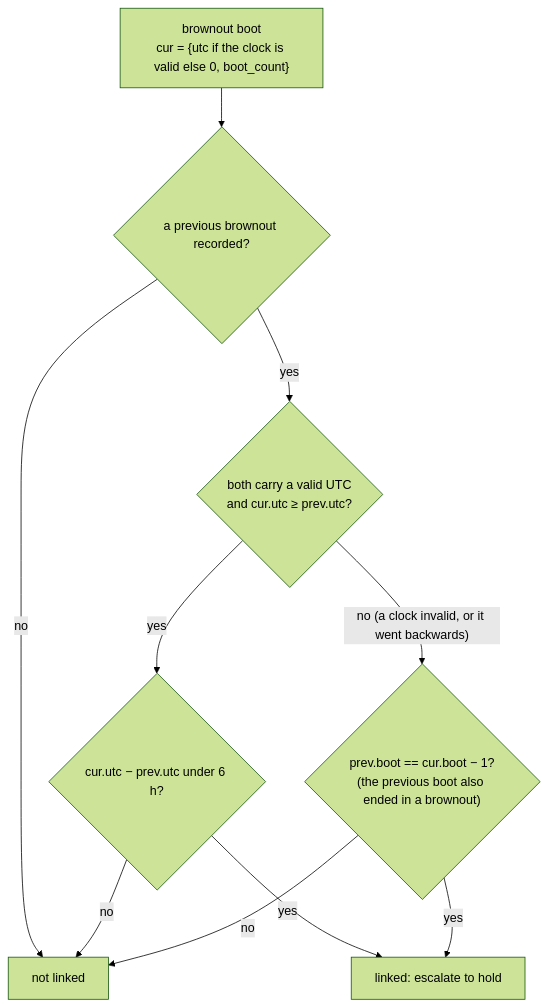
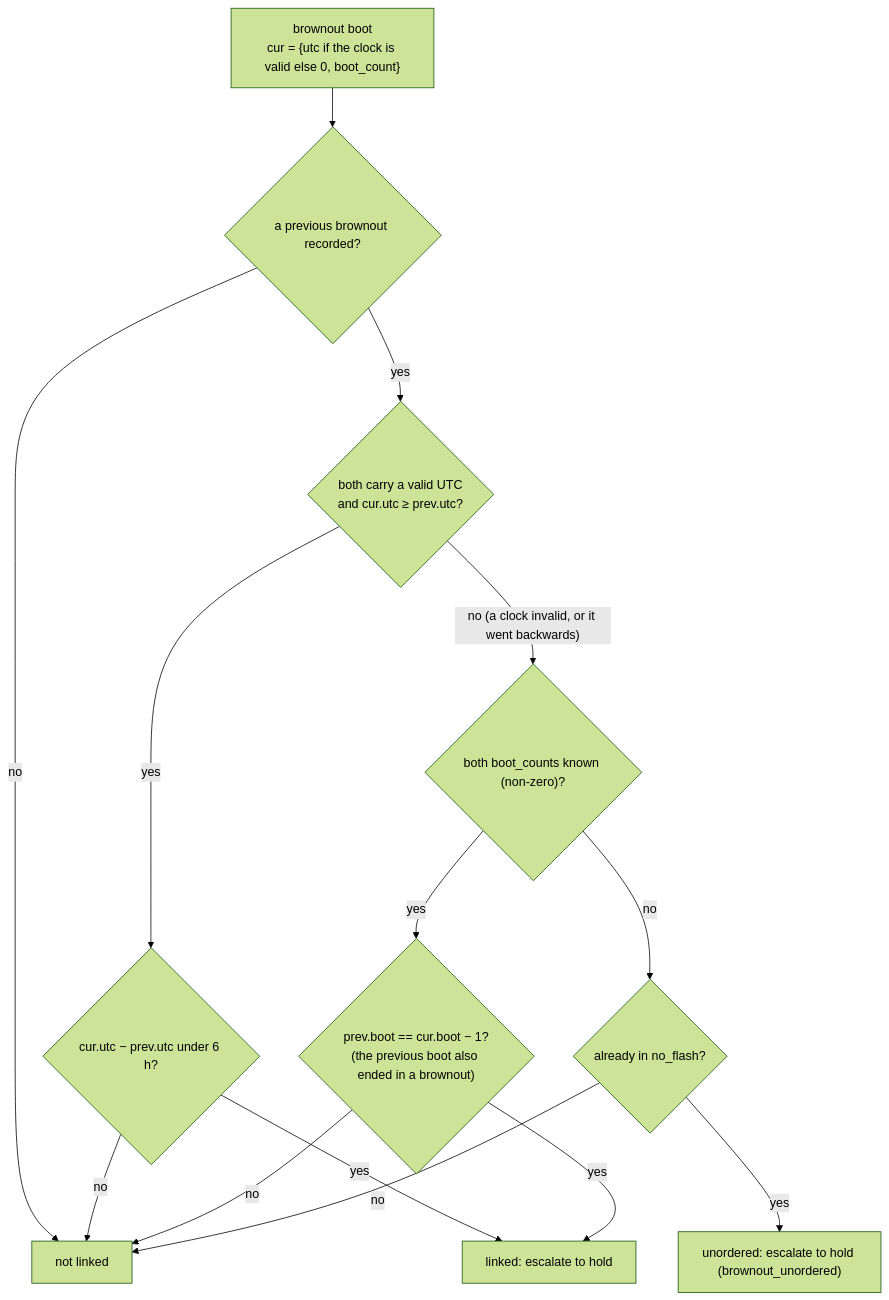
One commit to Jan-IngenHousz-Institute/ambyte-iot changed the second of 3 diagrams in docs/power-protect.md. Above: the diagram before and after it, drawn with Mermaid (forest theme). The commit also changed other lines of this file and 16 other files, not shown here.

````diff
--- a/docs/power-protect.md
+++ b/docs/power-protect.md
@@ -97,12 +105,16 @@
 ```mermaid
 flowchart TD
     B["brownout boot<br/>cur = {utc if the clock is valid else 0, boot_count}"] --> P{"a previous brownout recorded?"}
     P -->|no| N["not linked"]
     P -->|yes| V{"both carry a valid UTC<br/>and cur.utc ≥ prev.utc?"}
     V -->|yes| T{"cur.utc − prev.utc under 6 h?"}
     T -->|yes| L["linked: escalate to hold"]
     T -->|no| N
-    V -->|"no (a clock invalid, or it went backwards)"| F{"prev.boot == cur.boot − 1?<br/>(the previous boot also ended in a brownout)"}
+    V -->|"no (a clock invalid, or it went backwards)"| K{"both boot_counts known (non-zero)?"}
+    K -->|yes| F{"prev.boot == cur.boot − 1?<br/>(the previous boot also ended in a brownout)"}
     F -->|yes| L
     F -->|no| N
+    K -->|no| U{"already in no_flash?"}
+    U -->|yes| H["unordered: escalate to hold (brownout_unordered)"]
+    U -->|no| N
 ```
````
